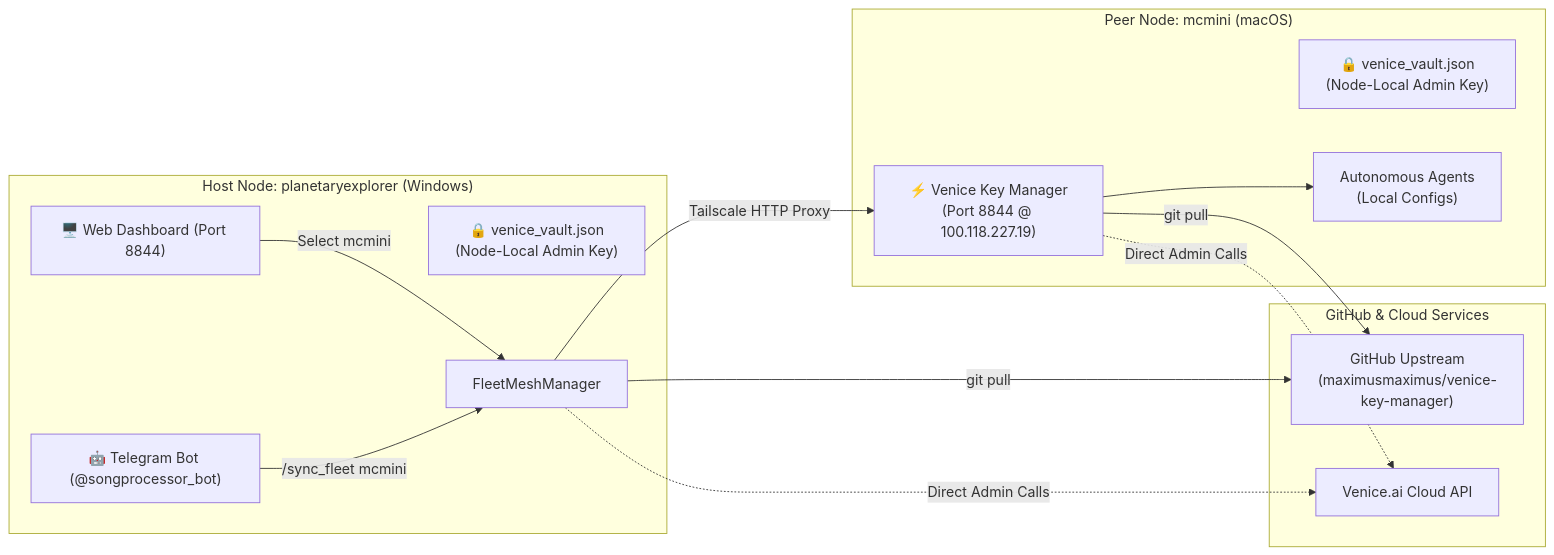
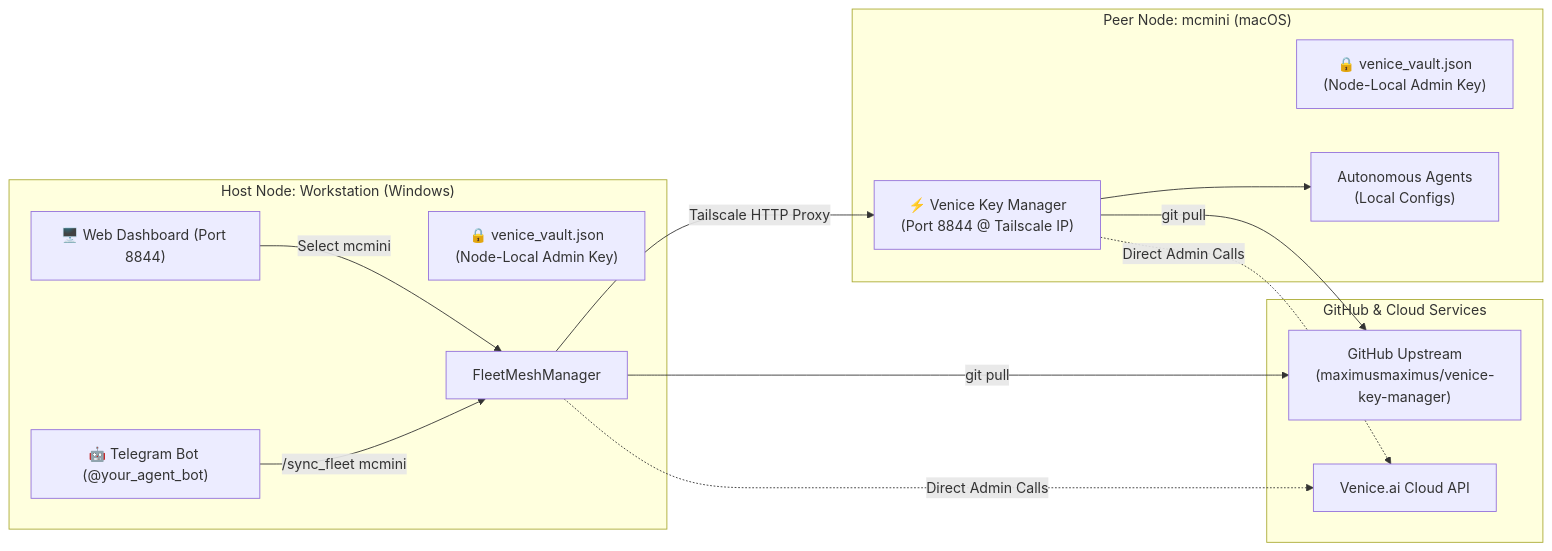
One commit to maximusmaximus/venice-key-manager changed the second of 4 diagrams in README.md. Above: the diagram before and after it, drawn with Mermaid. The commit also changed other lines of this file and 9 other files, not shown here.

````diff
--- a/README.md
+++ b/README.md
@@ -295,29 +295,29 @@
 ```mermaid
 flowchart LR
-    subgraph PrimaryNode["Host Node: planetaryexplorer (Windows)"]
+    subgraph PrimaryNode["Host Node: Workstation (Windows)"]
         Dashboard["🖥️ Web Dashboard (Port 8844)"]
-        TGBot["🤖 Telegram Bot (@songprocessor_bot)"]
+        TGBot["🤖 Telegram Bot (@your_agent_bot)"]
         LocalVault["🔒 venice_vault.json\n(Node-Local Admin Key)"]
         LocalMesh["FleetMeshManager"]
     end
 
     subgraph PeerNode["Peer Node: mcmini (macOS)"]
-        McMiniService["⚡ Venice Key Manager\n(Port 8844 @ 100.118.227.19)"]
+        McMiniService["⚡ Venice Key Manager\n(Port 8844 @ Tailscale IP)"]
         McMiniVault["🔒 venice_vault.json\n(Node-Local Admin Key)"]
         McMiniAgents["Autonomous Agents\n(Local Configs)"]
     end
 
     subgraph Cloud["GitHub & Cloud Services"]
         GitHub["GitHub Upstream\n(maximusmaximus/venice-key-manager)"]
         VeniceAPI["Venice.ai Cloud API"]
     end
 
     Dashboard -->|Select mcmini| LocalMesh
     TGBot -->|/sync_fleet mcmini| LocalMesh
     LocalMesh -->|Tailscale HTTP Proxy| McMiniService
     LocalMesh -->|git pull| GitHub
     McMiniService -->|git pull| GitHub
     LocalMesh -.->|Direct Admin Calls| VeniceAPI
     McMiniService -.->|Direct Admin Calls| VeniceAPI
     McMiniService --> McMiniAgents
 ```
````
